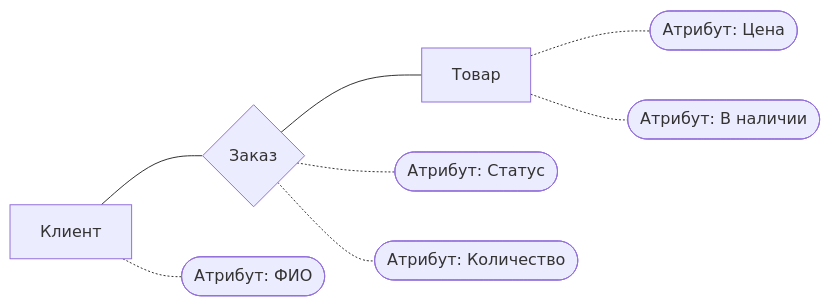
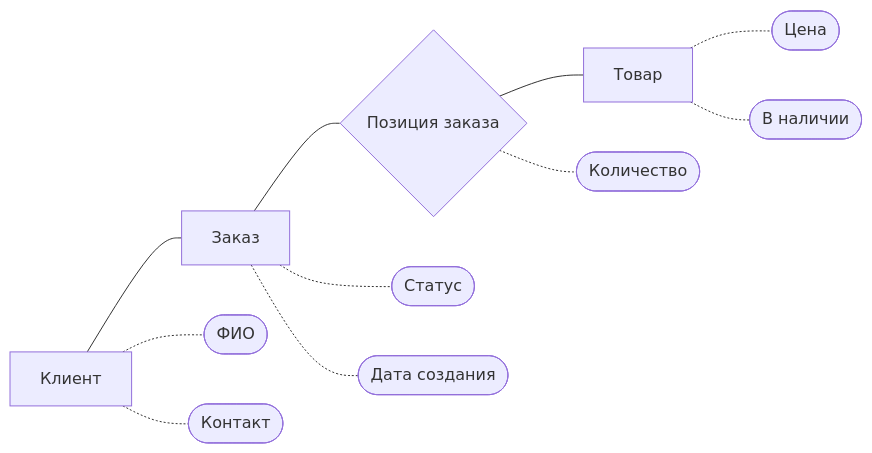
The first of 8 diagrams in disciplines/it03/lectures/11_lecture.md (vshp-online/it.vshp.online), drawn with Mermaid before and after one commit. The commit also changed other lines of this file and 3 other files, not shown here.

````diff
--- a/disciplines/it03/lectures/11_lecture.md
+++ b/disciplines/it03/lectures/11_lecture.md
@@ -47,23 +47,29 @@
 ```mermaid
 flowchart LR
   %% Сущности
-  user["Клиент"]
-  order{"Заказ"}
+  customer["Клиент"]
+  order["Заказ"]
   product["Товар"]
+  order_item{"Позиция заказа"}
 
   %% Атрибуты
-  name([Атрибут: ФИО])
-  price([Атрибут: Цена])
-  in_stock([Атрибут: В наличии])
-  status([Атрибут: Статус])
-  quantity([Атрибут: Количество])
+  customer_name([ФИО])
+  customer_contact([Контакт])
+  order_status([Статус])
+  created_at([Дата создания])
+  product_price([Цена])
+  in_stock([В наличии])
+  quantity([Количество])
 
   %% Связи
-  user --- order --- product
+  customer --- order
+  order --- order_item --- product
 
-  user -.- name
-  product -.- price
+  customer -.- customer_name
+  customer -.- customer_contact
+  order -.- order_status
+  order -.- created_at
+  product -.- product_price
   product -.- in_stock
-  order -.- status
-  order -.- quantity
+  order_item -.- quantity
 ```
````
